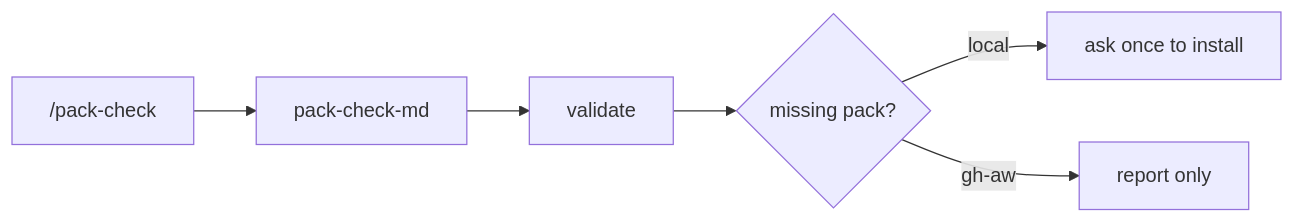
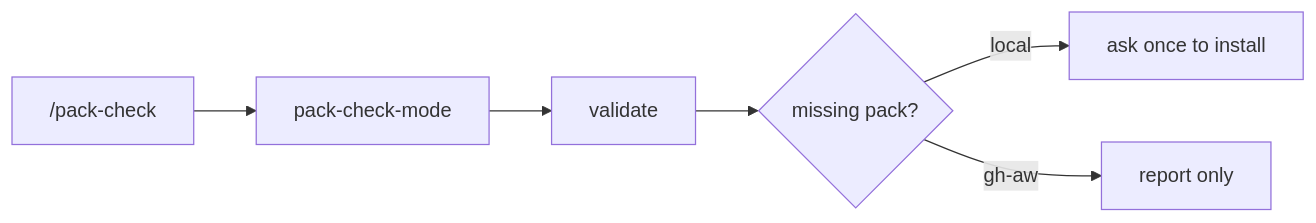
One commit to svennijhuis/agentPacks changed the diagram in docs/pbi/squad/ps16-squad-helpers.md. Above: the diagram before and after it, drawn with Mermaid. The commit also changed other lines of this file and 27 other files, not shown here.

Commit message:
docs(pbi/squad): hubs renamed to poteto style -mode (squad-mode, pack-author-mode, pack-check-mode, statechart-mode, scenarios-mode, security-audit-mode); old -md dirs move with pointer until GA07; today paths keep main names

````diff
--- a/docs/pbi/squad/ps16-squad-helpers.md
+++ b/docs/pbi/squad/ps16-squad-helpers.md
@@ -95,6 +95,6 @@
 ```mermaid
 flowchart LR
-  P["/pack-check"] --> M["pack-check-md"] --> V["validate"] --> A{"missing pack?"}
+  P["/pack-check"] --> M["pack-check-mode"] --> V["validate"] --> A{"missing pack?"}
   A -->|local| Q["ask once to install"]
   A -->|gh-aw| R["report only"]
 ```
````
